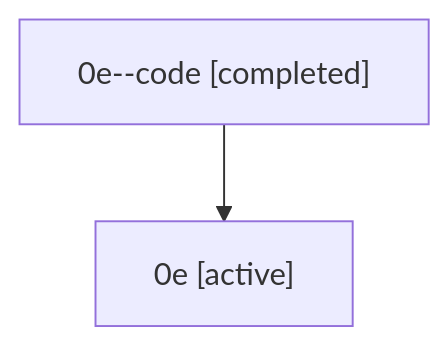
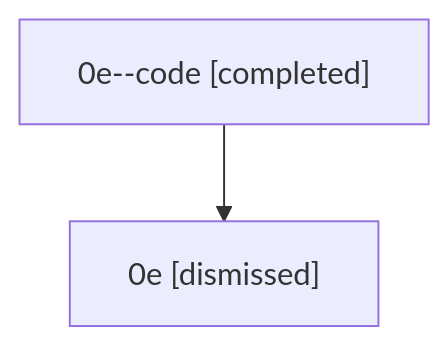
The diagram in sessions/bbugyi200.athena.0e.md (sase-org/sase--agents), drawn with Mermaid before and after one commit. The commit also changed other lines of this file and 49 other files, not shown here.

````diff
--- a/sessions/bbugyi200.athena.0e.md
+++ b/sessions/bbugyi200.athena.0e.md
@@ -9,6 +9,6 @@
 ```mermaid
 flowchart TD
   n0["0e--code [completed]"]
-  n1["0e [active]"]
+  n1["0e [dismissed]"]
   n0 --> n1
 ```
````
